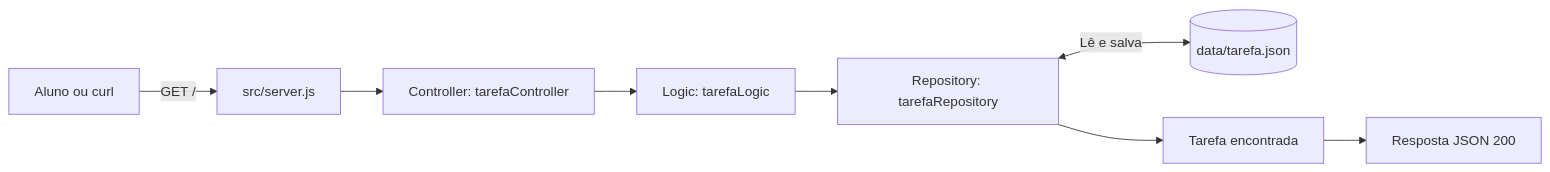
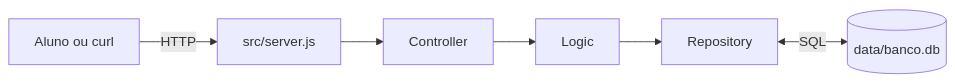
One commit to williambarrilli/api-desenvolvimento changed the diagram in README.md. Above: the diagram before and after it, drawn with Mermaid. The commit also changed other lines of this file and 12 other files, not shown here.

````diff
--- a/README.md
+++ b/README.md
@@ -12,10 +12,8 @@
 ```mermaid
 flowchart LR
-    cliente["Aluno ou curl"] -->|"GET /"| servidor["src/server.js"]
-    servidor --> controller["Controller: tarefaController"]
-    controller --> logic["Logic: tarefaLogic"]
-    logic --> repository["Repository: tarefaRepository"]
-    repository <-->|"Lê e salva"| arquivo[("data/tarefa.json")]
-    repository --> resultado["Tarefa encontrada"]
-    resultado --> resposta["Resposta JSON 200"]
+    cliente["Aluno ou curl"] -->|"HTTP"| servidor["src/server.js"]
+    servidor --> controller["Controller"]
+    controller --> logic["Logic"]
+    logic --> repository["Repository"]
+    repository <-->|"SQL"| banco[("data/banco.db")]
 ```
````
